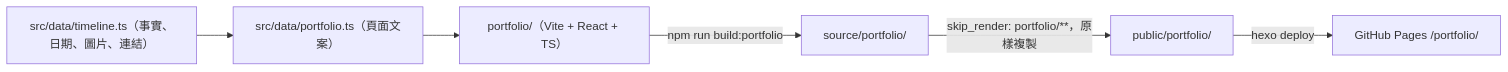
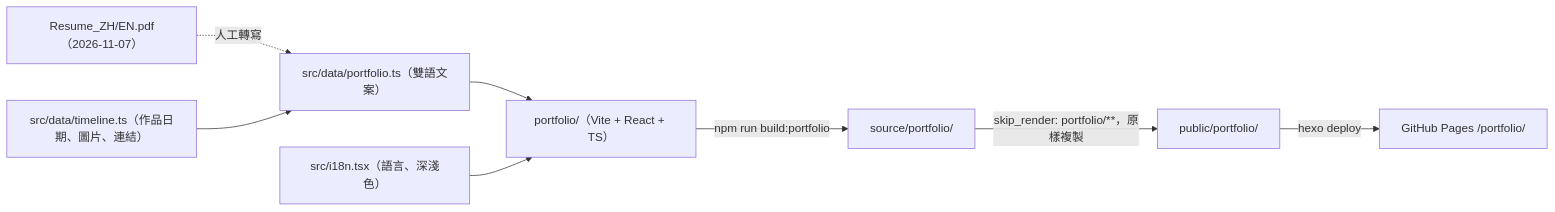
Before and after one commit to reedlin2002/reedlin2002.github.io: the third of 4 diagrams in blog/docs/SDD.md, drawn with Mermaid. The commit also changed other lines of this file and 26 other files, not shown here.

First line of the commit message:
feat(portfolio): resume-based copy, zh/en and light/dark toggles

````diff
--- a/blog/docs/SDD.md
+++ b/blog/docs/SDD.md
@@ -100,8 +100,10 @@
 ```mermaid
 flowchart LR
     Src["portfolio/（Vite + React + TS）"] -->|npm run build:portfolio| Out["source/portfolio/"]
     Out -->|skip_render: portfolio/**，原樣複製| Public["public/portfolio/"]
     Public -->|hexo deploy| Pages["GitHub Pages /portfolio/"]
-    Timeline["src/data/timeline.ts（事實、日期、圖片、連結）"] --> Data["src/data/portfolio.ts（頁面文案）"]
+    Resume["Resume_ZH/EN.pdf（2026-11-07）"] -.->|人工轉寫| Data["src/data/portfolio.ts（雙語文案）"]
+    Timeline["src/data/timeline.ts（作品日期、圖片、連結）"] --> Data
     Data --> Src
+    Prefs["src/i18n.tsx（語言、深淺色）"] --> Src
 ```
````
